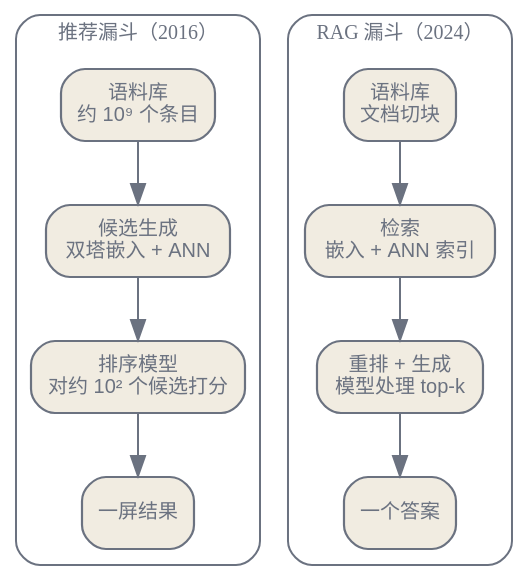
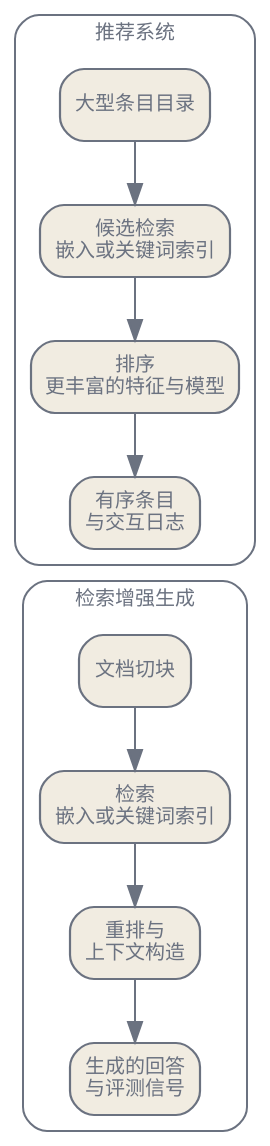
The diagram in zh/orientation/04-infrastructure-before.qmd (latere-ai/ai-as-an-infrastructure), drawn with Graphviz before and after one commit. The commit also changed other lines of this file and 1 other file, not shown here.

````diff
--- a/zh/orientation/04-infrastructure-before.qmd
+++ b/zh/orientation/04-infrastructure-before.qmd
@@ -11,30 +38,33 @@
 ```{dot}
 //| label: fig-infrastructure-before-funnels
-//| fig-cap: "2016 年的推荐漏斗与 2024 年的检索增强生成漏斗。形状原封不动地保留了下来：廉价的嵌入级收窄庞大语料，昂贵的一级处理幸存者。变化的只是最后一级，从给条目打分变成了生成文本。"
+//| fig-cap: "推荐系统与检索增强生成共享逐步收窄的结构。相似之处止于最后一步和反馈信号：前者对条目排序，后者为生成式输出构造上下文。"
 digraph funnels {
   bgcolor="transparent";
   rankdir=TB;
   nodesep=0.5; ranksep=0.45;
   node [shape=box, style="rounded,filled", fontname="Helvetica", fontsize=10, color="#6b7280", fontcolor="#6b7280", fillcolor="#f1ece1", penwidth=1.1];
   edge [fontsize=9, fontname="Helvetica", color="#6b7280", fontcolor="#6b7280"];
 
   subgraph cluster_rec {
-    label="推荐漏斗（2016）";
+    label="推荐系统";
     style=rounded; color="#6b7280"; fontcolor="#6b7280"; fontsize=10;
-    R1 [label="语料库\n约 10⁹ 个条目"];
-    R2 [label="候选生成\n双塔嵌入 + ANN"];
-    R3 [label="排序模型\n对约 10² 个候选打分"];
-    R4 [label="一屏结果"];
+    R1 [label="大型条目目录"];
+    R2 [label="候选检索\n嵌入或关键词索引"];
+    R3 [label="排序\n更丰富的特征与模型"];
+    R4 [label="有序条目\n与交互日志"];
     R1 -> R2 -> R3 -> R4;
   }
   subgraph cluster_rag {
-    label="RAG 漏斗（2024）";
+    label="检索增强生成";
     style=rounded; color="#6b7280"; fontcolor="#6b7280"; fontsize=10;
-    G1 [label="语料库\n文档切块"];
-    G2 [label="检索\n嵌入 + ANN 索引"];
-    G3 [label="重排 + 生成\n模型处理 top-k"];
-    G4 [label="一个答案"];
+    G1 [label="文档切块"];
+    G2 [label="检索\n嵌入或关键词索引"];
+    G3 [label="重排与\n上下文构造"];
+    G4 [label="生成的回答\n与评测信号"];
     G1 -> G2 -> G3 -> G4;
   }
+
+  // 纵向排列两套工作流，确保在窄屏上也能看清。
+  R4 -> G1 [style=invis, minlen=1];
 }
 ```
````
